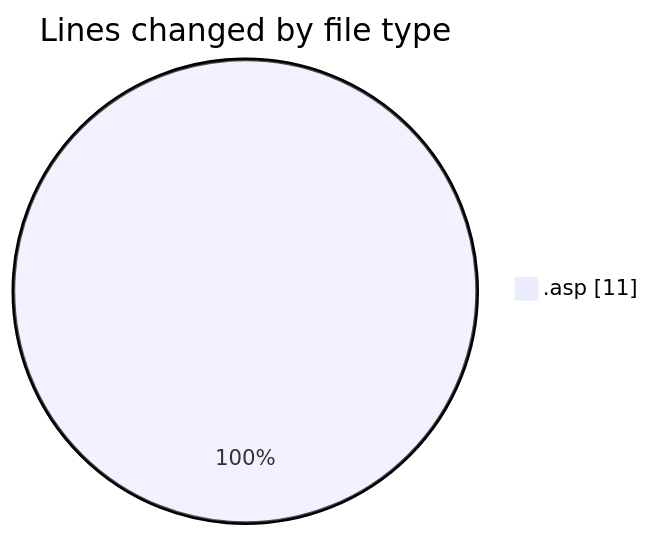
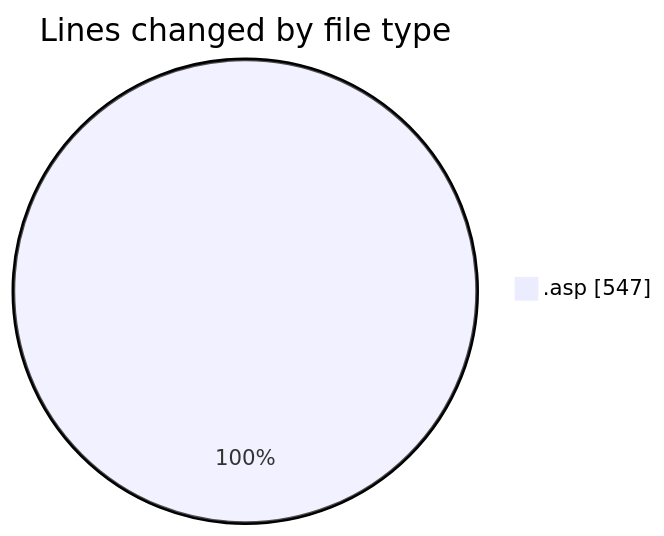
Before and after one commit to julien-gomy/code-tracking: the first of 2 diagrams in 2025-10-20/usr_aleoudev_fr__workspace_/README.md, drawn with Mermaid. The commit also changed other lines of this file and 1 other file, not shown here.

````diff
--- a/2025-10-20/usr_aleoudev_fr__workspace_/README.md
+++ b/2025-10-20/usr_aleoudev_fr__workspace_/README.md
@@ -20,5 +21,5 @@
 ```mermaid
 pie showData
 title Lines changed by file type
-".asp" : 11
+".asp" : 547
 ```
````
